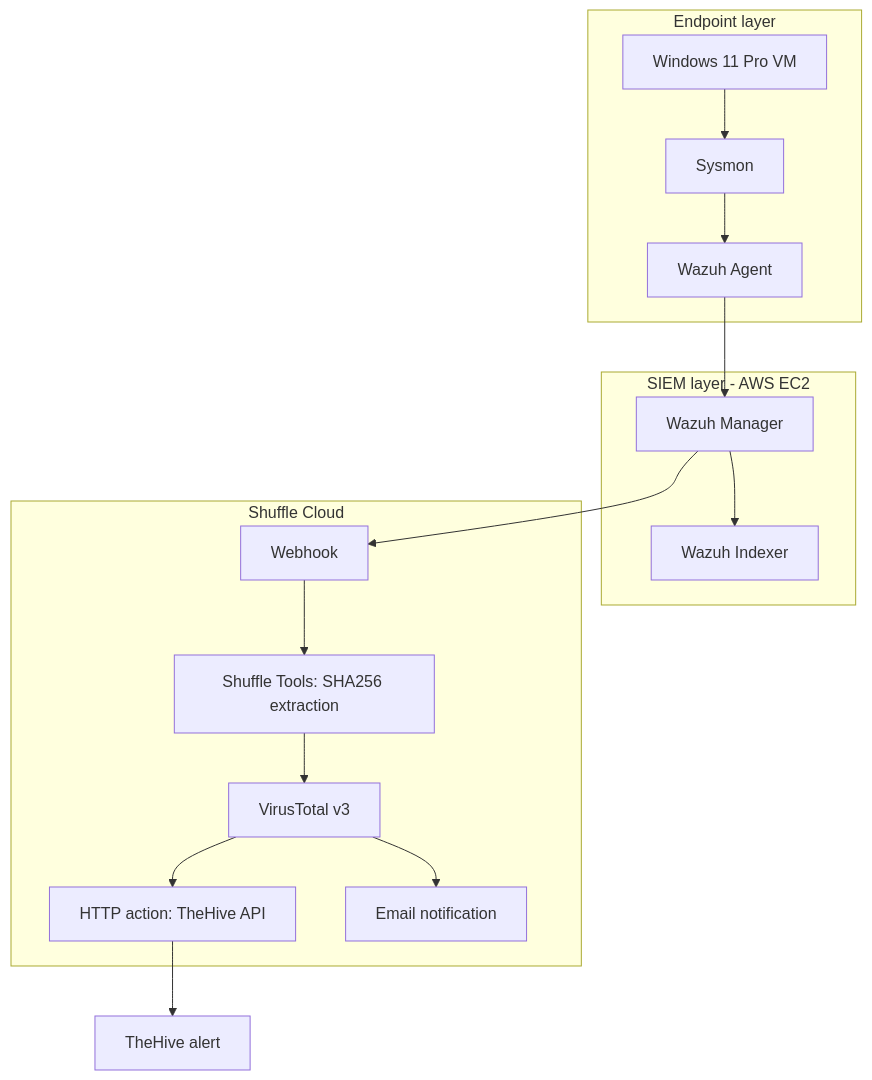
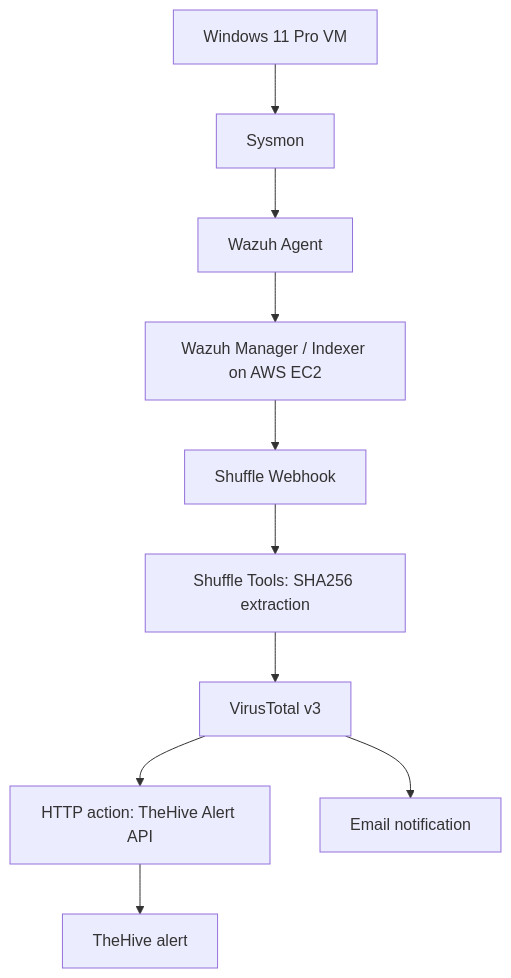
The diagram in README.md (aryazz-labs/SOC-Automation-Lab-AWS), drawn with Mermaid before and after one commit. The commit also changed other lines of this file, not shown here.

````diff
--- a/README.md
+++ b/README.md
@@ -6,22 +18,12 @@
 ```mermaid
 flowchart TD
-  subgraph Endpoint["Endpoint layer"]
-    A["Windows 11 Pro VM"] --> B["Sysmon"]
-    B --> C["Wazuh Agent"]
-  end
-
-  subgraph SIEM["SIEM layer - AWS EC2"]
-    D["Wazuh Manager"] --> E["Wazuh Indexer"]
-  end
-
-  subgraph Automation["Shuffle Cloud"]
-    F["Webhook"] --> G["Shuffle Tools: SHA256 extraction"]
-    G --> H["VirusTotal v3"]
-    H --> I["HTTP action: TheHive API"]
-    H --> J["Email notification"]
-  end
-
-  C --> D
-  D --> F
-  I --> K["TheHive alert"]
+  A[Windows 11 Pro VM] --> B[Sysmon]
+  B --> C[Wazuh Agent]
+  C --> D[Wazuh Manager / Indexer on AWS EC2]
+  D --> E[Shuffle Webhook]
+  E --> F[Shuffle Tools: SHA256 extraction]
+  F --> G[VirusTotal v3]
+  G --> H[HTTP action: TheHive Alert API]
+  H --> I[TheHive alert]
+  G --> J[Email notification]
 ```
````
